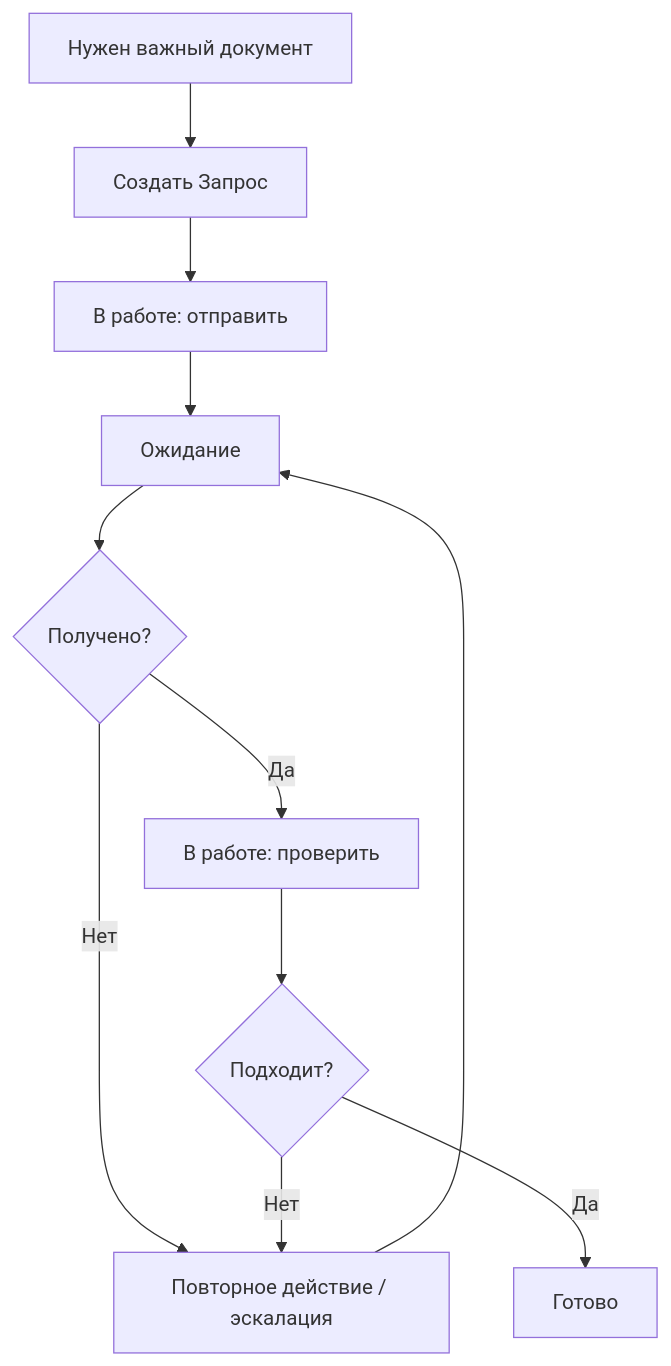
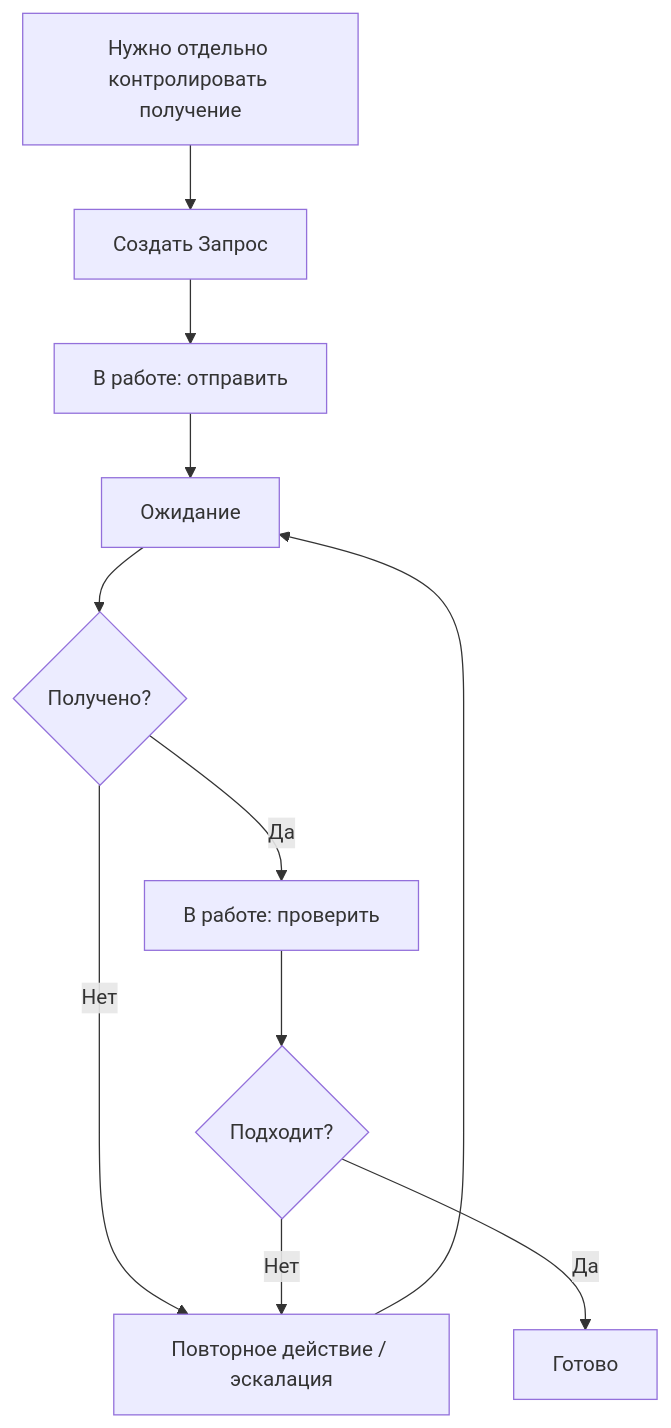
Before and after one commit to lazuale/department: the second of 2 diagrams in docs/02-scripts.md, drawn with Mermaid. The commit also changed other lines of this file, not shown here.

````diff
--- a/docs/02-scripts.md
+++ b/docs/02-scripts.md
@@ -82,13 +98,13 @@
 ```mermaid
 flowchart TD
-    A[Нужен важный документ] --> B[Создать Запрос]
+    A[Нужно отдельно контролировать получение] --> B[Создать Запрос]
     B --> C[В работе: отправить]
     C --> D[Ожидание]
     D --> E{Получено?}
     E -- Нет --> F[Повторное действие / эскалация]
     F --> D
     E -- Да --> G[В работе: проверить]
     G --> H{Подходит?}
     H -- Нет --> F
     H -- Да --> I[Готово]
 ```
````
